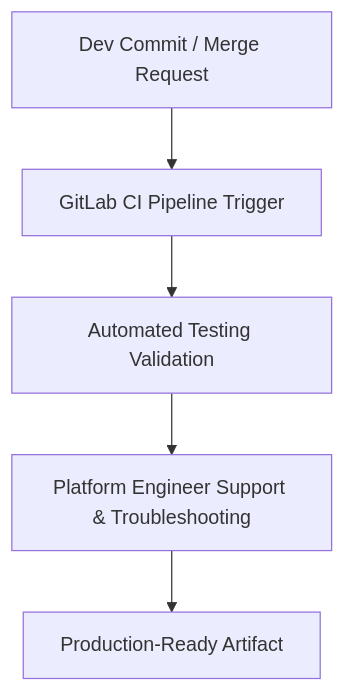
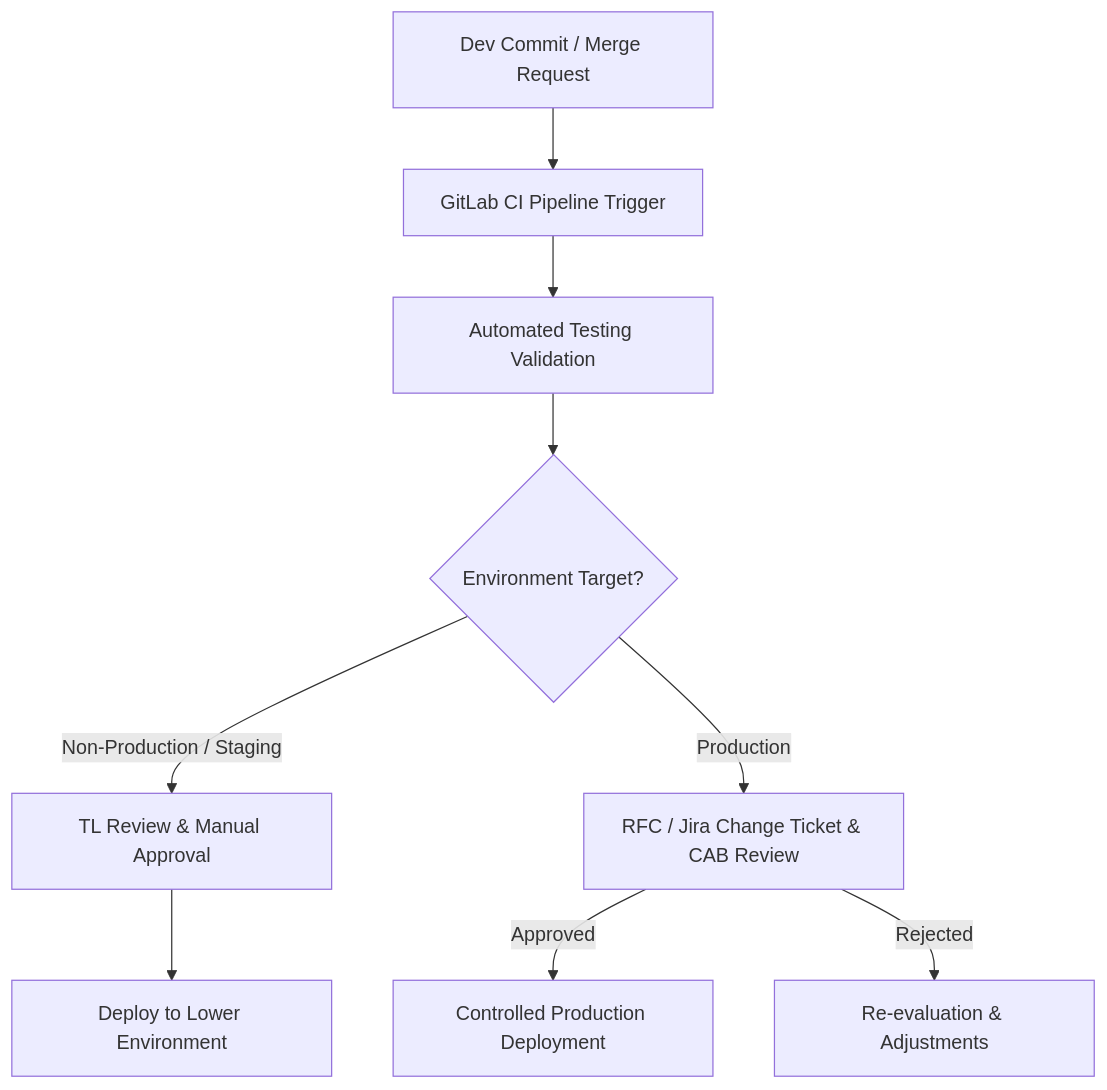
Before and after one commit to ejpinangog/ejpinangog.github.io: the fifth of 8 diagrams in docs/index.md, drawn with Mermaid. The commit also changed other lines of this file, not shown here.

Commit message:
add mermaid architecture

````diff
--- a/docs/index.md
+++ b/docs/index.md
@@ -77,7 +77,11 @@
 ```mermaid
 graph TD
     A[Dev Commit / Merge Request] --> B[GitLab CI Pipeline Trigger]
     B --> C[Automated Testing Validation]
-    C --> D[Platform Engineer Support & Troubleshooting]
-    D --> E[Production-Ready Artifact]
+    C --> D{Environment Target?}
+    D -->|Non-Production / Staging| E[TL Review & Manual Approval]
+    D -->|Production| F[RFC / Jira Change Ticket & CAB Review]
+    E --> G[Deploy to Lower Environment]
+    F -->|Approved| H[Controlled Production Deployment]
+    F -->|Rejected| I[Re-evaluation & Adjustments]
 ```
````
